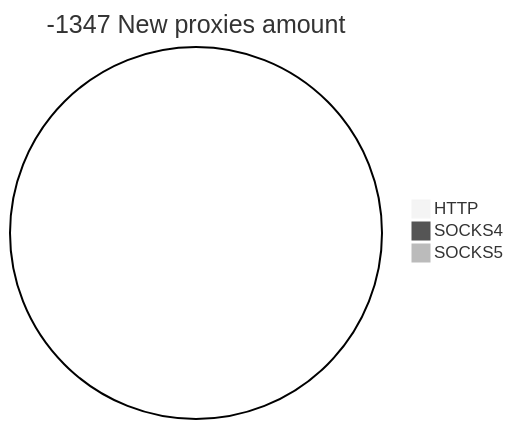
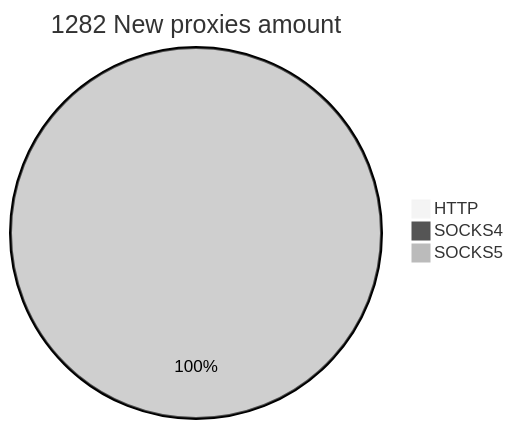
Before and after one commit to cutipu/proxylist: the second of 2 diagrams in README.md, drawn with Mermaid (neutral theme). The commit also changed other lines of this file, not shown here.

````diff
--- a/README.md
+++ b/README.md
@@ -10,6 +10,6 @@
 ```mermaid
-pie title -1347 New proxies amount
+pie title 1282 New proxies amount
     "HTTP" : 0
     "SOCKS4" : 0
-    "SOCKS5" : 0
+    "SOCKS5" : 1423
 ```
````
